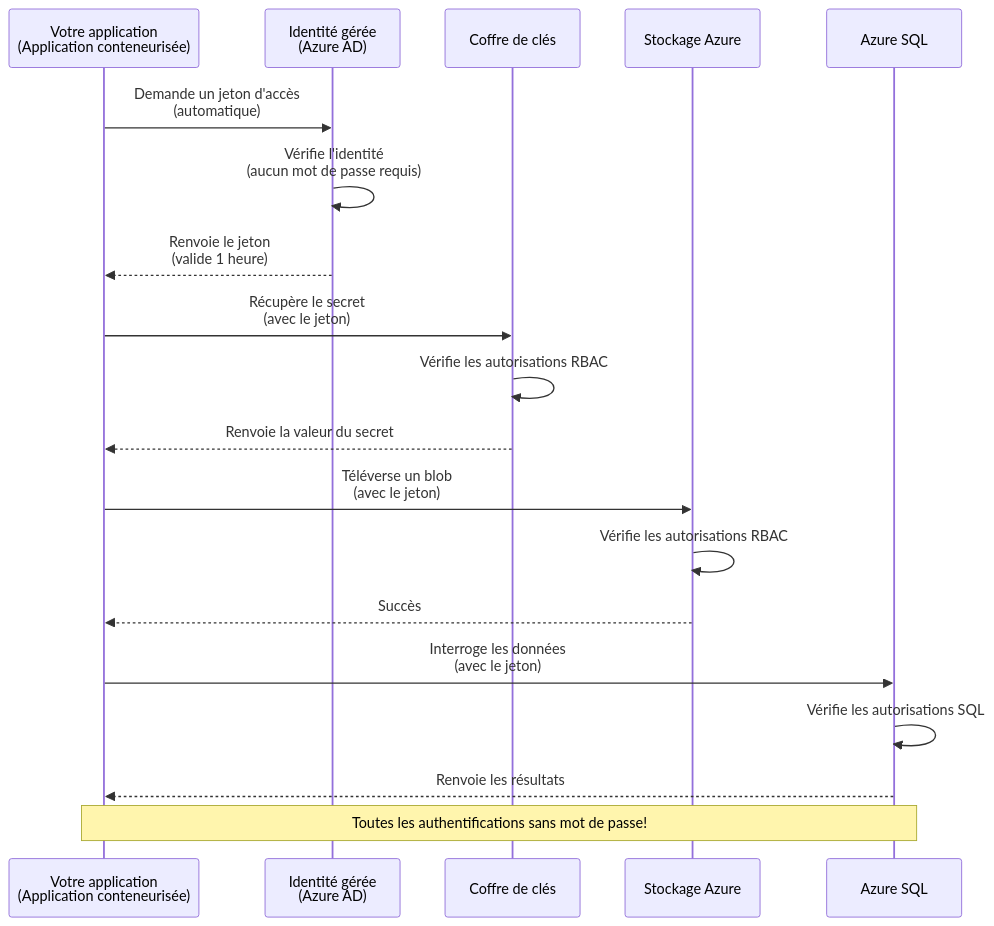
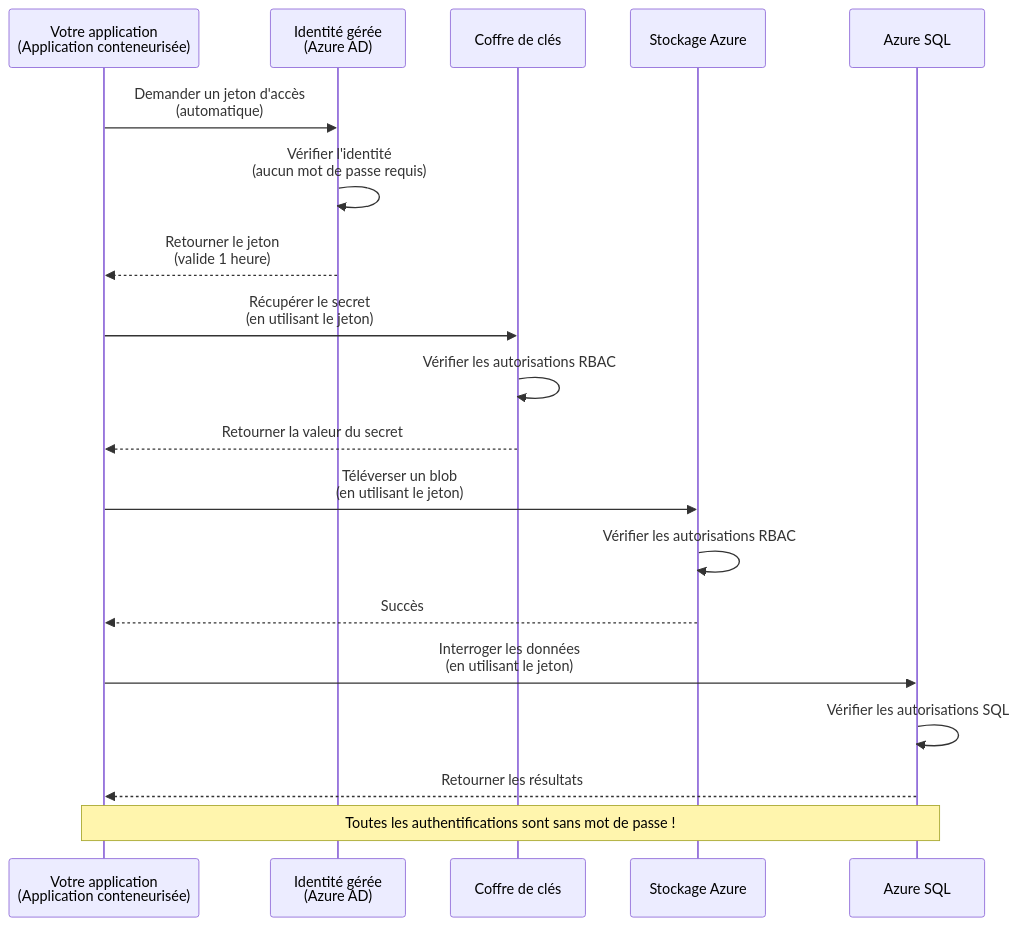
The first of 2 diagrams in translations/fr/docs/chapter-03-configuration/authsecurity.md (microsoft/AZD-for-beginners), drawn with Mermaid before and after one commit. The commit also changed other lines of this file and 101 other files, not shown here.

````diff
--- a/translations/fr/docs/chapter-03-configuration/authsecurity.md
+++ b/translations/fr/docs/chapter-03-configuration/authsecurity.md
@@ -69,26 +69,26 @@
 ```mermaid
 sequenceDiagram
     participant App as Votre application<br/>(Application conteneurisée)
     participant MI as Identité gérée<br/>(Azure AD)
     participant KV as Coffre de clés
     participant Storage as Stockage Azure
     participant DB as Azure SQL
     
-    App->>MI: Demande un jeton d'accès<br/>(automatique)
-    MI->>MI: Vérifie l'identité<br/>(aucun mot de passe requis)
-    MI-->>App: Renvoie le jeton<br/>(valide 1 heure)
+    App->>MI: Demander un jeton d'accès<br/>(automatique)
+    MI->>MI: Vérifier l'identité<br/>(aucun mot de passe requis)
+    MI-->>App: Retourner le jeton<br/>(valide 1 heure)
     
-    App->>KV: Récupère le secret<br/>(avec le jeton)
-    KV->>KV: Vérifie les autorisations RBAC
-    KV-->>App: Renvoie la valeur du secret
+    App->>KV: Récupérer le secret<br/>(en utilisant le jeton)
+    KV->>KV: Vérifier les autorisations RBAC
+    KV-->>App: Retourner la valeur du secret
     
-    App->>Storage: Téléverse un blob<br/>(avec le jeton)
-    Storage->>Storage: Vérifie les autorisations RBAC
+    App->>Storage: Téléverser un blob<br/>(en utilisant le jeton)
+    Storage->>Storage: Vérifier les autorisations RBAC
     Storage-->>App: Succès
     
-    App->>DB: Interroge les données<br/>(avec le jeton)
-    DB->>DB: Vérifie les autorisations SQL
-    DB-->>App: Renvoie les résultats
+    App->>DB: Interroger les données<br/>(en utilisant le jeton)
+    DB->>DB: Vérifier les autorisations SQL
+    DB-->>App: Retourner les résultats
     
-    Note over App,DB: Toutes les authentifications sans mot de passe!
+    Note over App,DB: Toutes les authentifications sont sans mot de passe !
 ```
````
